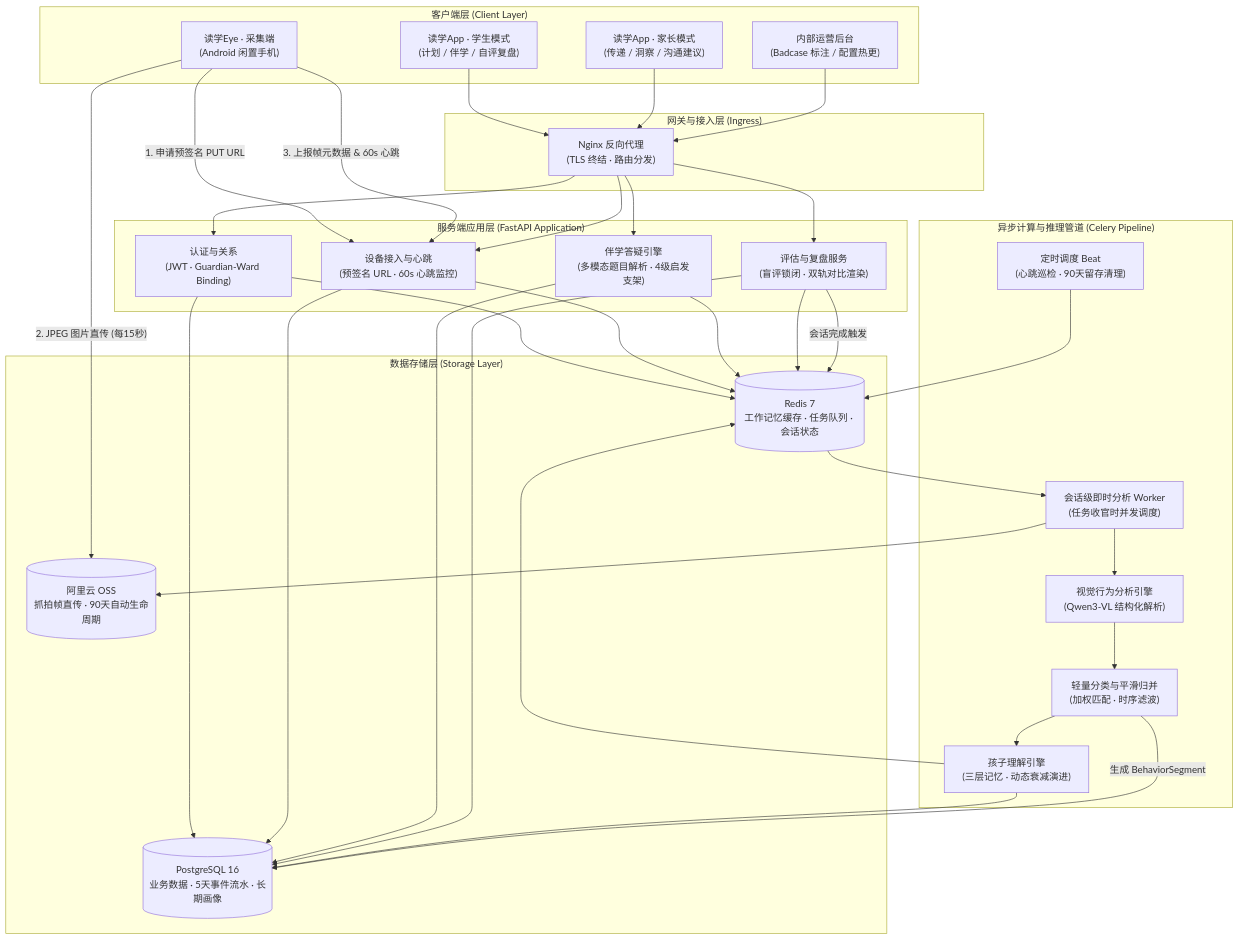
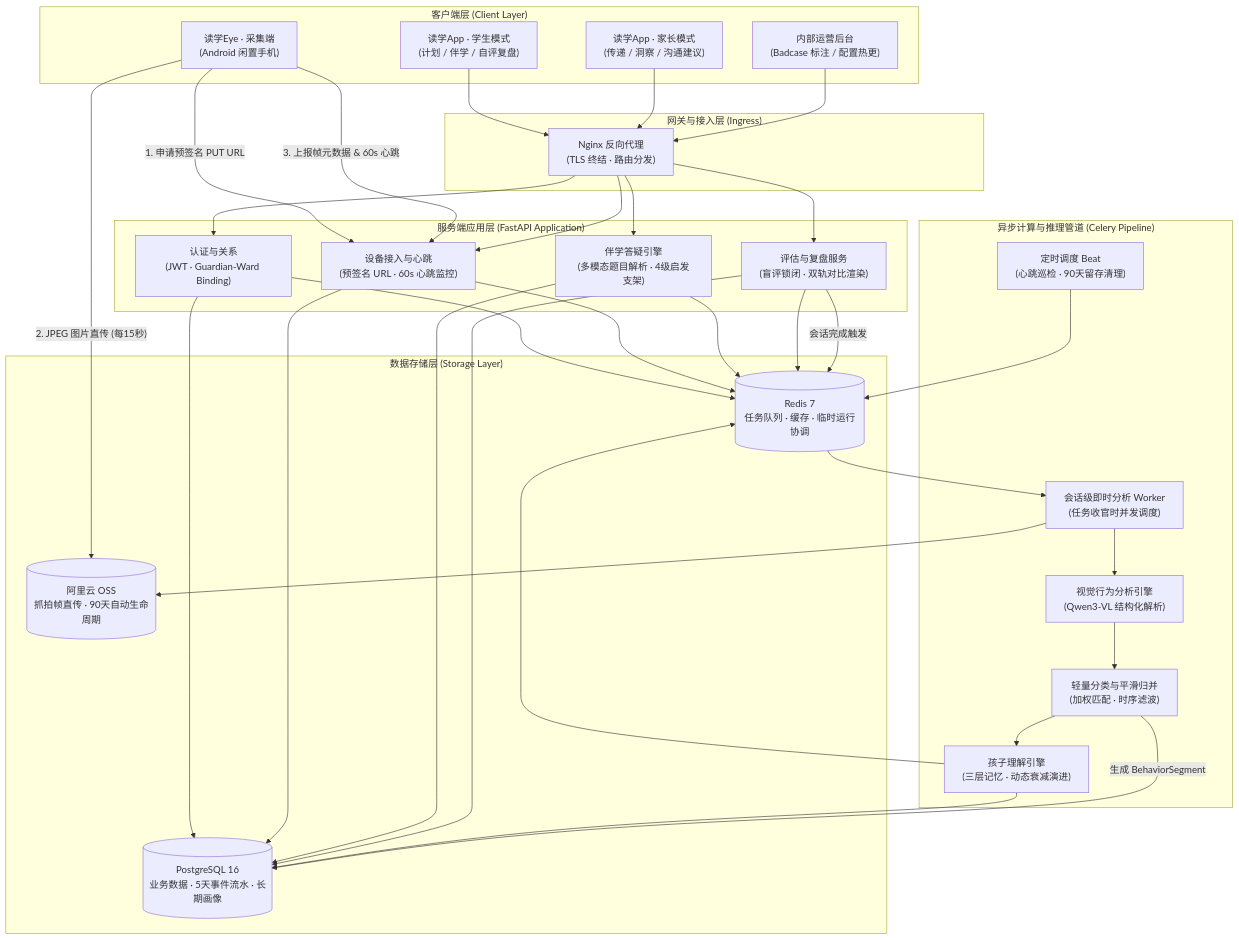
Before and after one commit to johanchow/duxue: the diagram in docs/technical/ARCHITECTURE.md, drawn with Mermaid. The commit also changed other lines of this file and 95 other files, not shown here.

````diff
--- a/docs/technical/ARCHITECTURE.md
+++ b/docs/technical/ARCHITECTURE.md
@@ -56,53 +56,53 @@
 ```mermaid
 graph TB
     subgraph CLIENTS["客户端层 (Client Layer)"]
         CAM["读学Eye · 采集端<br/>(Android 闲置手机)"]
         APP_W["读学App · 学生模式<br/>(计划 / 伴学 / 自评复盘)"]
         APP_G["读学App · 家长模式<br/>(传递 / 洞察 / 沟通建议)"]
         ADMIN["内部运营后台<br/>(Badcase 标注 / 配置热更)"]
     end
 
     subgraph INGRESS["网关与接入层 (Ingress)"]
         NGINX["Nginx 反向代理<br/>(TLS 终结 · 路由分发)"]
     end
 
     subgraph SERVICES["服务端应用层 (FastAPI Application)"]
         API_AUTH["认证与关系<br/>(JWT · Guardian-Ward Binding)"]
         API_DEV["设备接入与心跳<br/>(预签名 URL · 60s 心跳监控)"]
         API_COMP["伴学答疑引擎<br/>(多模态题目解析 · 4级启发支架)"]
         API_EVAL["评估与复盘服务<br/>(盲评锁闭 · 双轨对比渲染)"]
     end
 
     subgraph ASYNC_PIPELINE["异步计算与推理管道 (Celery Pipeline)"]
         WORKER_SESSION["会话级即时分析 Worker<br/>(任务收官时并发调度)"]
         WORKER_BEAT["定时调度 Beat<br/>(心跳巡检 · 90天留存清理)"]
         VLM_ENGINE["视觉行为分析引擎<br/>(Qwen3-VL 结构化解析)"]
         CLS_ENGINE["轻量分类与平滑归并<br/>(加权匹配 · 时序滤波)"]
         MEMORY_ENGINE["孩子理解引擎<br/>(三层记忆 · 动态衰减演进)"]
     end
 
     subgraph STORAGE["数据存储层 (Storage Layer)"]
         PG[("PostgreSQL 16<br/>业务数据 · 5天事件流水 · 长期画像")]
-        REDIS[("Redis 7<br/>工作记忆缓存 · 任务队列 · 会话状态")]
+        REDIS[("Redis 7<br/>任务队列 · 缓存 · 临时运行协调")]
         OSS[("阿里云 OSS<br/>抓拍帧直传 · 90天自动生命周期")]
     end
 
     %% 抓拍直传链路 (核心：二进制流不经 API)
     CAM -- "1. 申请预签名 PUT URL" --> API_DEV
     CAM -- "2. JPEG 图片直传 (每15秒)" --> OSS
     CAM -- "3. 上报帧元数据 & 60s 心跳" --> API_DEV
 
     %% 交互链路
     APP_W & APP_G & ADMIN --> NGINX --> API_AUTH & API_DEV & API_COMP & API_EVAL
 
     %% 服务端内部数据流
     API_AUTH & API_DEV & API_COMP & API_EVAL --> PG & REDIS
     API_EVAL -- "会话完成触发" --> REDIS --> WORKER_SESSION
     WORKER_BEAT --> REDIS
 
     %% 异步分析流水线
     WORKER_SESSION --> OSS
     WORKER_SESSION --> VLM_ENGINE --> CLS_ENGINE --> MEMORY_ENGINE
     MEMORY_ENGINE --> PG & REDIS
     CLS_ENGINE -- "生成 BehaviorSegment" --> PG
 ```
````
